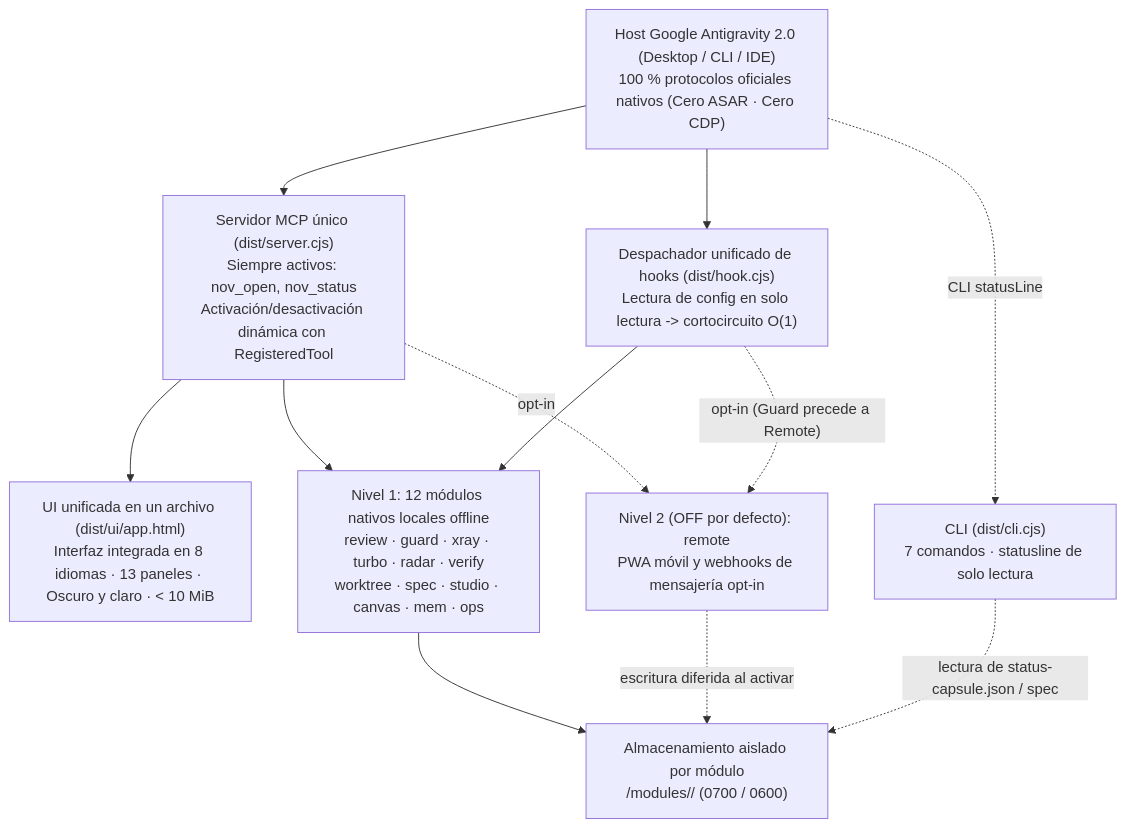
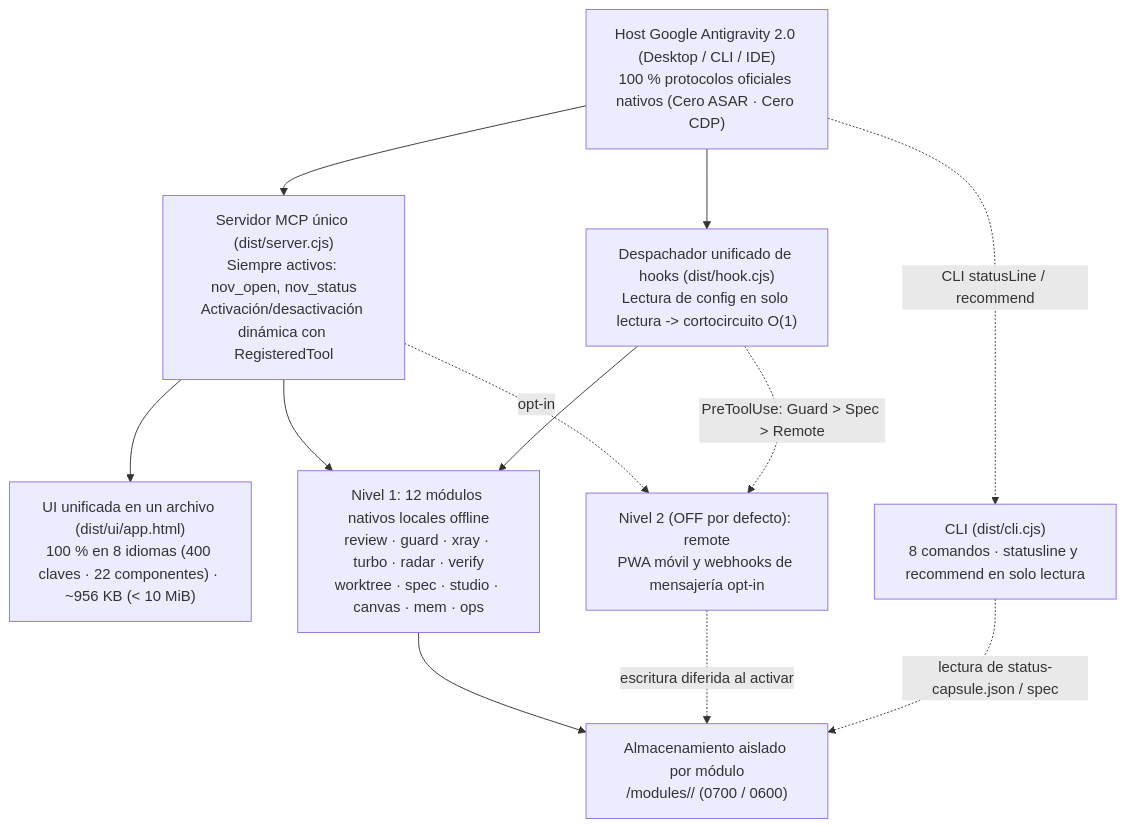
Before and after one commit to tone-leh/agy-NOV: the diagram in docs/i18n/README.es.md, drawn with Mermaid. The commit also changed other lines of this file and 74 other files, not shown here.

````diff
--- a/docs/i18n/README.es.md
+++ b/docs/i18n/README.es.md
@@ -198,23 +223,23 @@
 ```mermaid
 flowchart TB
   Host["Host Google Antigravity 2.0 (Desktop / CLI / IDE)\n100 % protocolos oficiales nativos (Cero ASAR · Cero CDP)"]
   MCP["Servidor MCP único (dist/server.cjs)\nSiempre activos: nov_open, nov_status\nActivación/desactivación dinámica con RegisteredTool"]
-  UI["UI unificada en un archivo (dist/ui/app.html)\nInterfaz integrada en 8 idiomas · 13 paneles · Oscuro y claro · < 10 MiB"]
+  UI["UI unificada en un archivo (dist/ui/app.html)\n100 % en 8 idiomas (400 claves · 22 componentes) · ~956 KB (< 10 MiB)"]
   Hook["Despachador unificado de hooks (dist/hook.cjs)\nLectura de config en solo lectura -> cortocircuito O(1)"]
-  CLI["CLI (dist/cli.cjs)\n7 comandos · statusline de solo lectura"]
+  CLI["CLI (dist/cli.cjs)\n8 comandos · statusline y recommend en solo lectura"]
   Store["Almacenamiento aislado por módulo\n<dataDir>/modules/<id>/ (0700 / 0600)"]
   T1["Nivel 1: 12 módulos nativos locales offline\nreview · guard · xray · turbo · radar · verify\nworktree · spec · studio · canvas · mem · ops"]
   T2R["Nivel 2 (OFF por defecto): remote\nPWA móvil y webhooks de mensajería opt-in"]
 
   Host --> MCP
   Host --> Hook
-  Host -. "CLI statusLine" .-> CLI
+  Host -. "CLI statusLine / recommend" .-> CLI
   MCP --> UI
   MCP --> T1
   MCP -. "opt-in" .-> T2R
   Hook --> T1
-  Hook -. "opt-in (Guard precede a Remote)" .-> T2R
+  Hook -. "PreToolUse: Guard > Spec > Remote" .-> T2R
   T1 --> Store
   T2R -. "escritura diferida al activar" .-> Store
   CLI -. "lectura de status-capsule.json / spec" .-> Store
 ```
````
